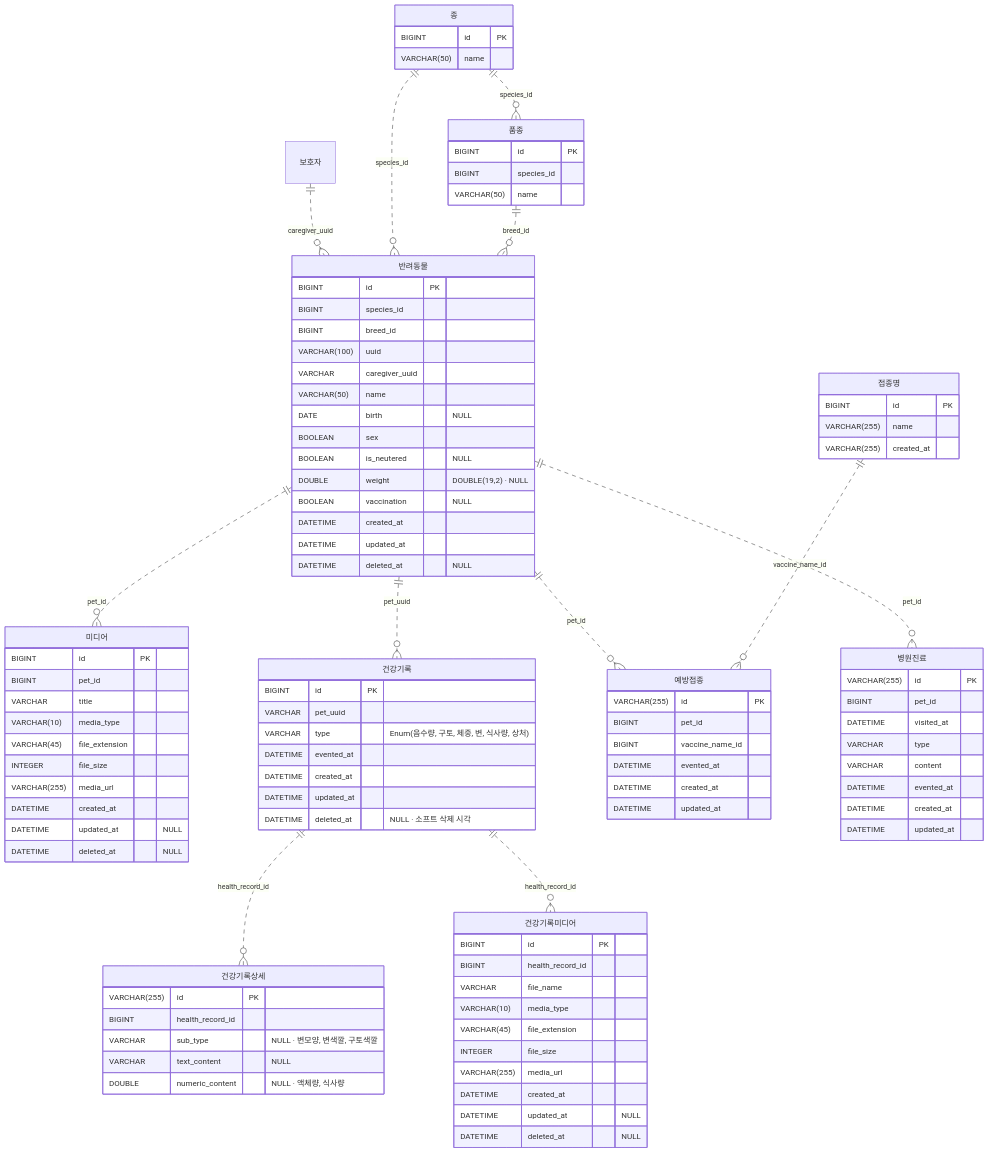
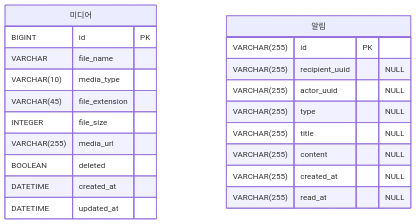
The fourth of 7 diagrams in docs/erd.md (louie-kury/louie-kury-document), drawn with Mermaid before and after one commit. The commit also changed other lines of this file, not shown here.

Commit message:
docs: 최신 SQL과 MongoDB 구분에 맞춰 ERD 재작성

````diff
--- a/docs/erd.md
+++ b/docs/erd.md
@@ -215,103 +140,24 @@
 ```mermaid
 erDiagram
-    "보호자" ||..o{ "반려동물" : "caregiver_uuid"
-    "종" ||..o{ "품종" : "species_id"
-    "종" ||..o{ "반려동물" : "species_id"
-    "품종" ||..o{ "반려동물" : "breed_id"
-    "반려동물" ||..o{ "미디어" : "pet_id"
-    "반려동물" ||..o{ "건강기록" : "pet_uuid"
-    "반려동물" ||..o{ "예방접종" : "pet_id"
-    "접종명" ||..o{ "예방접종" : "vaccine_name_id"
-    "반려동물" ||..o{ "병원진료" : "pet_id"
-    "건강기록" ||..o{ "건강기록상세" : "health_record_id"
-    "건강기록" ||..o{ "건강기록미디어" : "health_record_id"
-
-    "반려동물" {
-        BIGINT id PK
-        BIGINT species_id
-        BIGINT breed_id
-        VARCHAR(100) uuid
-        VARCHAR caregiver_uuid
-        VARCHAR(50) name
-        DATE birth "NULL"
-        BOOLEAN sex
-        BOOLEAN is_neutered "NULL"
-        DOUBLE weight "DOUBLE(19,2) · NULL"
-        BOOLEAN vaccination "NULL"
-        DATETIME created_at
-        DATETIME updated_at
-        DATETIME deleted_at "NULL"
-    }
-    "종" {
-        BIGINT id PK
-        VARCHAR(50) name
-    }
-    "품종" {
-        BIGINT id PK
-        BIGINT species_id
-        VARCHAR(50) name
-    }
     "미디어" {
         BIGINT id PK
-        BIGINT pet_id
-        VARCHAR title
-        VARCHAR(10) media_type
-        VARCHAR(45) file_extension
-        INTEGER file_size
-        VARCHAR(255) media_url
-        DATETIME created_at
-        DATETIME updated_at "NULL"
-        DATETIME deleted_at "NULL"
-    }
-    "건강기록" {
-        BIGINT id PK
-        VARCHAR pet_uuid
-        VARCHAR type "Enum(음수량, 구토, 체중, 변, 식사량, 상처)"
-        DATETIME evented_at
-        DATETIME created_at
-        DATETIME updated_at
-        DATETIME deleted_at "NULL · 소프트 삭제 시각"
-    }
-    "건강기록상세" {
-        VARCHAR(255) id PK
-        BIGINT health_record_id
-        VARCHAR sub_type "NULL · 변모양, 변색깔, 구토색깔"
-        VARCHAR text_content "NULL"
-        DOUBLE numeric_content "NULL · 액체량, 식사량"
-    }
-    "건강기록미디어" {
-        BIGINT id PK
-        BIGINT health_record_id
         VARCHAR file_name
         VARCHAR(10) media_type
         VARCHAR(45) file_extension
         INTEGER file_size
         VARCHAR(255) media_url
-        DATETIME created_at
-        DATETIME updated_at "NULL"
-        DATETIME deleted_at "NULL"
-    }
-    "예방접종" {
-        VARCHAR(255) id PK
-        BIGINT pet_id
-        BIGINT vaccine_name_id
-        DATETIME evented_at
+        BOOLEAN deleted
         DATETIME created_at
         DATETIME updated_at
     }
-    "접종명" {
-        BIGINT id PK
-        VARCHAR(255) name
-        VARCHAR(255) created_at
-    }
-    "병원진료" {
+    "알림" {
         VARCHAR(255) id PK
-        BIGINT pet_id
-        DATETIME visited_at
-        VARCHAR type
-        VARCHAR content
-        DATETIME evented_at
-        DATETIME created_at
-        DATETIME updated_at
+        VARCHAR(255) recipient_uuid "NULL"
+        VARCHAR(255) actor_uuid "NULL"
+        VARCHAR(255) type "NULL"
+        VARCHAR(255) title "NULL"
+        VARCHAR(255) content "NULL"
+        VARCHAR(255) created_at "NULL"
+        VARCHAR(255) read_at "NULL"
     }
 ```
````
